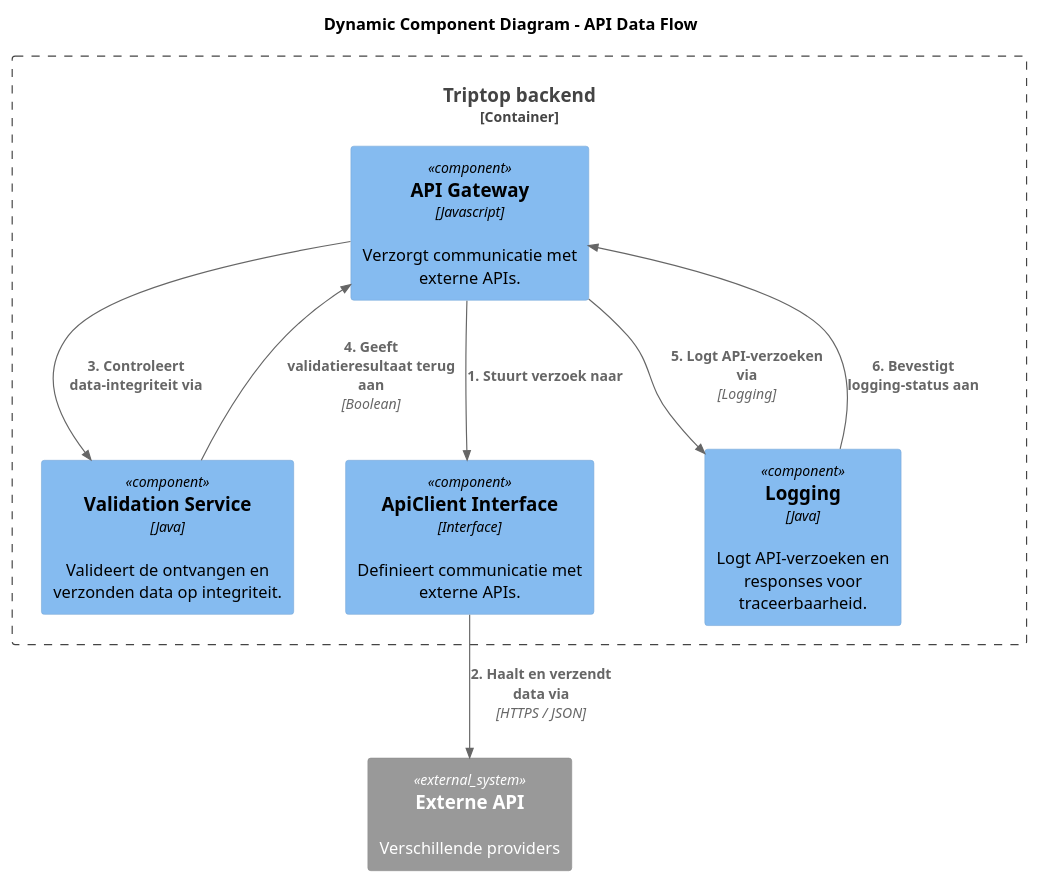
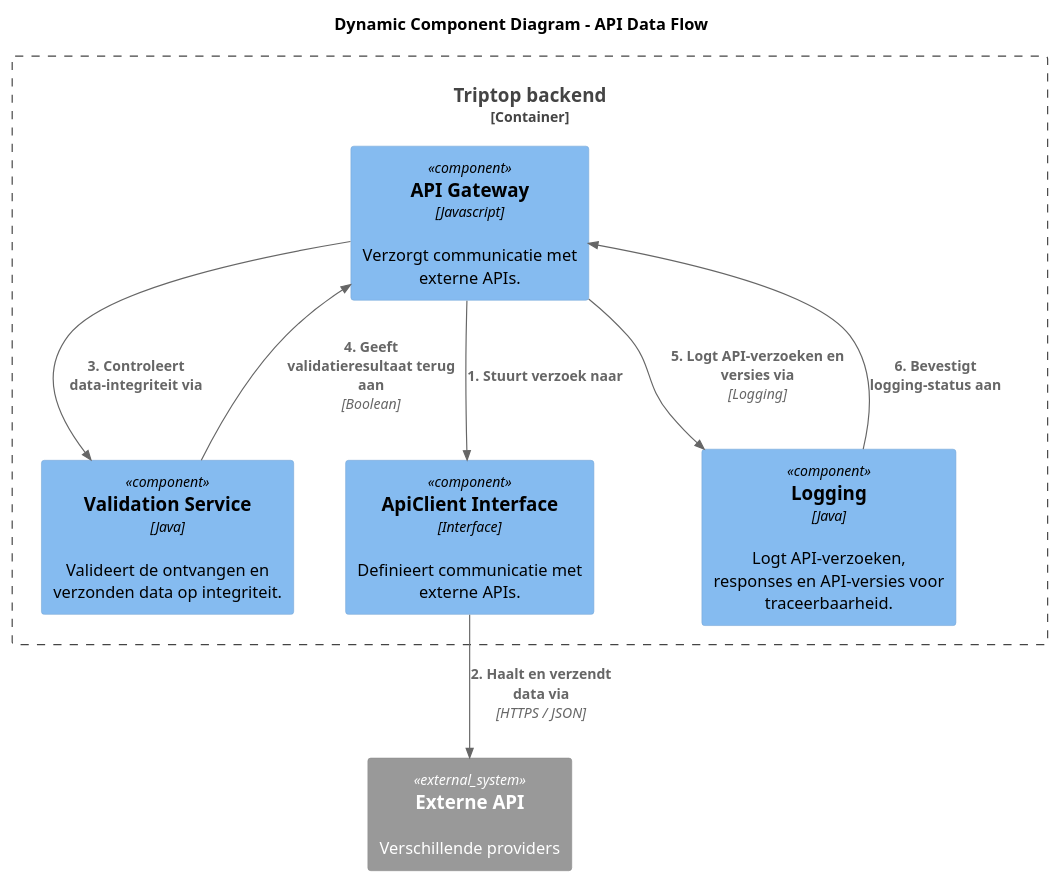
One commit to AIM-ENE-feb25/triptop-beca changed the diagram in voorbereidingen/week2-les3/dynamic-diagram.puml. Above: the diagram before and after it, drawn with PlantUML. The commit also changed 3 other files, not shown here.

Commit message:
ADR gemaakt voor ontwerpvraag. nieuw component diagram en classe en dynamic diagram geupdate

```diff
--- a/voorbereidingen/week2-les3/dynamic-diagram.puml
+++ b/voorbereidingen/week2-les3/dynamic-diagram.puml
@@ -1,22 +1,22 @@
 @startuml
 !include https://raw.githubusercontent.com/plantuml-stdlib/C4-PlantUML/master/C4_Component.puml
 
 title Dynamic Component Diagram - API Data Flow
 
 Container_Boundary(c1, "Triptop backend") {
     Component(api_client, "API Gateway", "Javascript", "Verzorgt communicatie met externe APIs.")
     Component(validation_service, "Validation Service", "Java", "Valideert de ontvangen en verzonden data op integriteit.")
-    Component(logging_service, "Logging", "Java", "Logt API-verzoeken en responses voor traceerbaarheid.")
+    Component(logging_service, "Logging", "Java", "Logt API-verzoeken, responses en API-versies voor traceerbaarheid.")
     Component(api_interface, "ApiClient Interface", "Interface", "Definieert communicatie met externe APIs.")
 }
 
 System_Ext(external_api, "Externe API", "Verschillende providers", "")
 
 Rel(api_client, api_interface, "1. Stuurt verzoek naar", "")
 Rel(api_interface, external_api, "2. Haalt en verzendt data via", "HTTPS / JSON")
 Rel(api_client, validation_service, "3. Controleert data-integriteit via", "")
 Rel(validation_service, api_client, "4. Geeft validatieresultaat terug aan", "Boolean")
-Rel(api_client, logging_service, "5. Logt API-verzoeken via", "Logging")
+Rel(api_client, logging_service, "5. Logt API-verzoeken en versies via", "Logging")
 Rel(logging_service, api_client, "6. Bevestigt logging-status aan", "")
 
 @enduml
```
